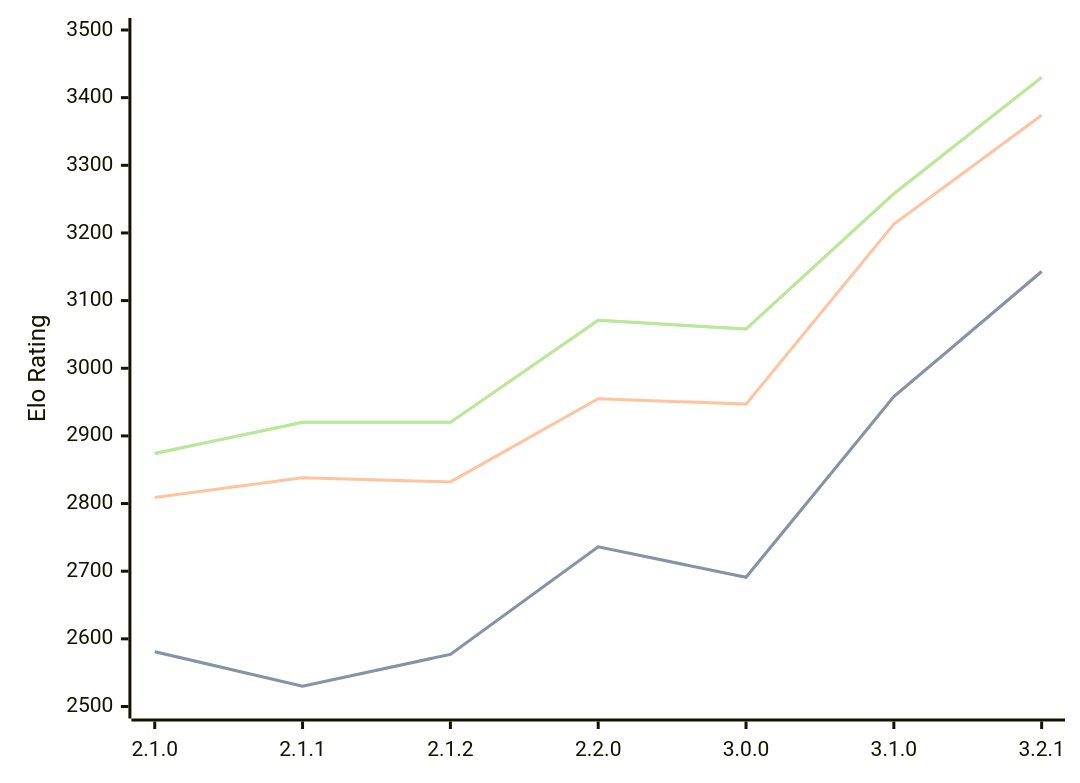
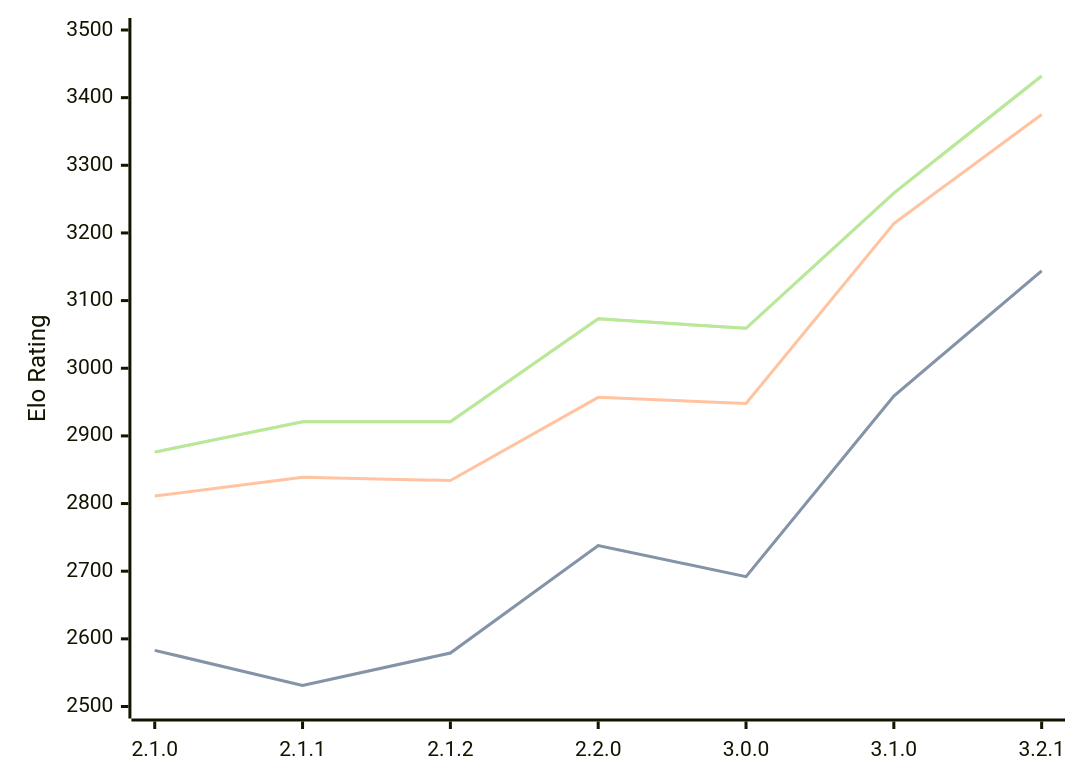
One commit to computer-chess-index/cci changed the diagram in engines/Prune.md. Above: the diagram before and after it, drawn with Mermaid. The commit also changed other lines of this file, not shown here.

Commit message:
Update CCI Ratings (ELO VLTC) - 2026-05-16

````diff
--- a/engines/Prune.md
+++ b/engines/Prune.md
@@ -42,11 +42,11 @@
 ```mermaid
 %%{init: {"theme":"base","themeVariables":{"seriesColors:['#a3a3a3','#222221','#faa371']}}}%%
 xychart-beta
   x-axis ["2.1.0", "2.1.1", "2.1.2", "2.2.0", "3.0.0", "3.1.0", "3.2.1"]
   y-axis "Elo Rating" 2500 --> 3500
-  line "STC (8.0+0.08s)" [2581, 2530, 2577, 2736, 2691, 2958, 3143]
-  line "STC (8.0+0.08s)" [2581, 2530, 2577, 2736, 2691, 2958, 3143]
-  line "LTC (60.0+0.60s)" [2809, 2838, 2832, 2955, 2947, 3213, 3374]
-  line "VLTC (2m24s+1.12s)" [2874, 2920, 2920, 3071, 3058, 3258, 3430]
-  line "VLTC (2m24s+1.12s)" [2874, 2920, 2920, 3071, 3058, 3258, 3430]
+  line "STC (8.0+0.08s)" [2583, 2531, 2579, 2738, 2692, 2959, 3144]
+  line "STC (8.0+0.08s)" [2583, 2531, 2579, 2738, 2692, 2959, 3144]
+  line "LTC (60.0+0.60s)" [2811, 2839, 2834, 2957, 2948, 3214, 3375]
+  line "VLTC (2m24s+1.12s)" [2876, 2921, 2921, 3073, 3059, 3259, 3432]
+  line "VLTC (2m24s+1.12s)" [2876, 2921, 2921, 3073, 3059, 3259, 3432]
 ```
````
